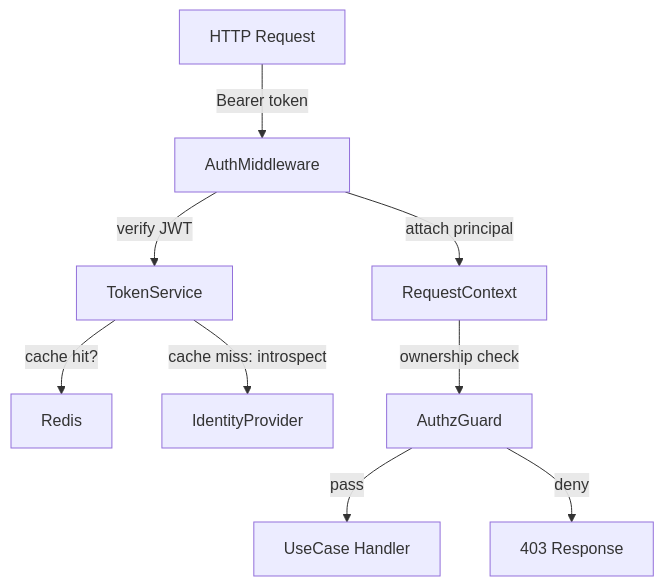
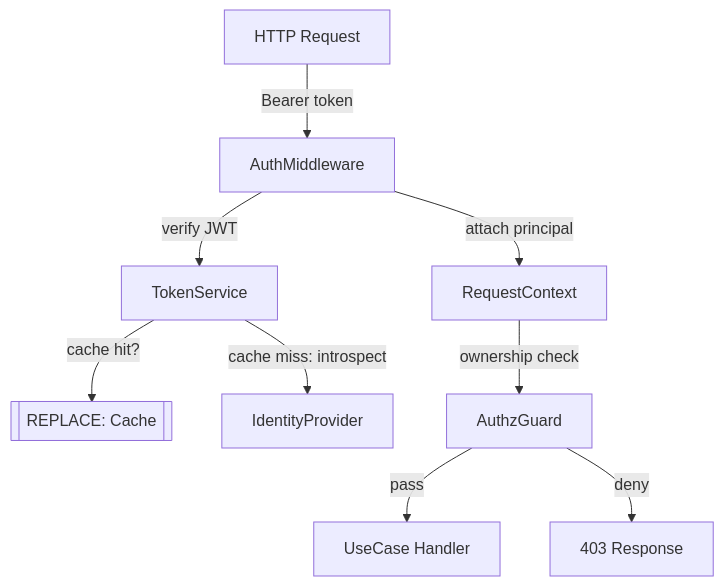
The diagram in .agent/context/ARCHITECTURE.md (jmpmachado/start-template), drawn with Mermaid before and after one commit. The commit also changed other lines of this file and 1 other file, not shown here.

First line of the commit message:
fix(template): P-01/P-05/P-07 pollution — stack placeholders in ARCHITECTURE and RUNBOOK

````diff
--- a/.agent/context/ARCHITECTURE.md
+++ b/.agent/context/ARCHITECTURE.md
@@ -73,11 +73,11 @@
 ```mermaid
 graph TD
     A[HTTP Request] -->|Bearer token| B[AuthMiddleware]
     B -->|verify JWT| C[TokenService]
-    C -->|cache hit?| D[Redis]
+    C -->|cache hit?| D[[REPLACE: Cache]]
     C -->|cache miss: introspect| E[IdentityProvider]
     B -->|attach principal| F[RequestContext]
     F -->|ownership check| G[AuthzGuard]
     G -->|pass| H[UseCase Handler]
     G -->|deny| I[403 Response]
 ```
````
